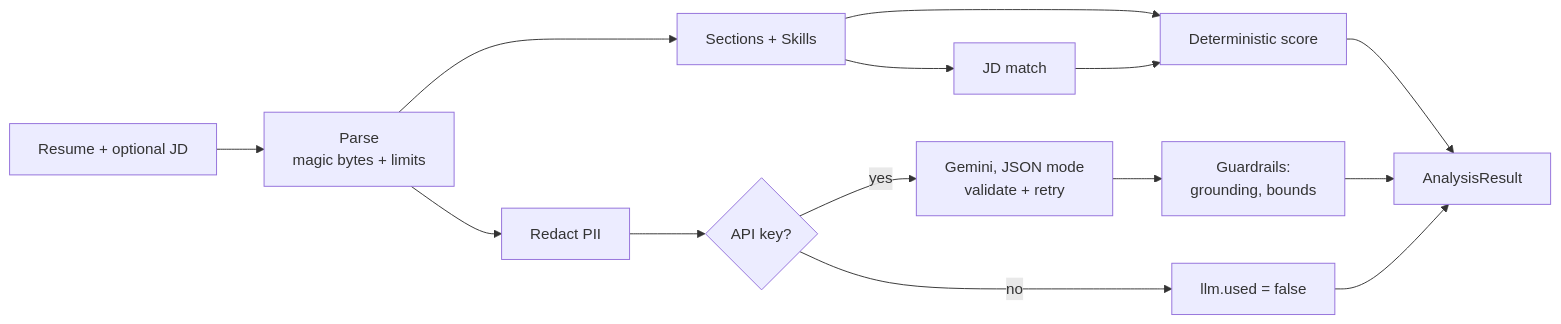
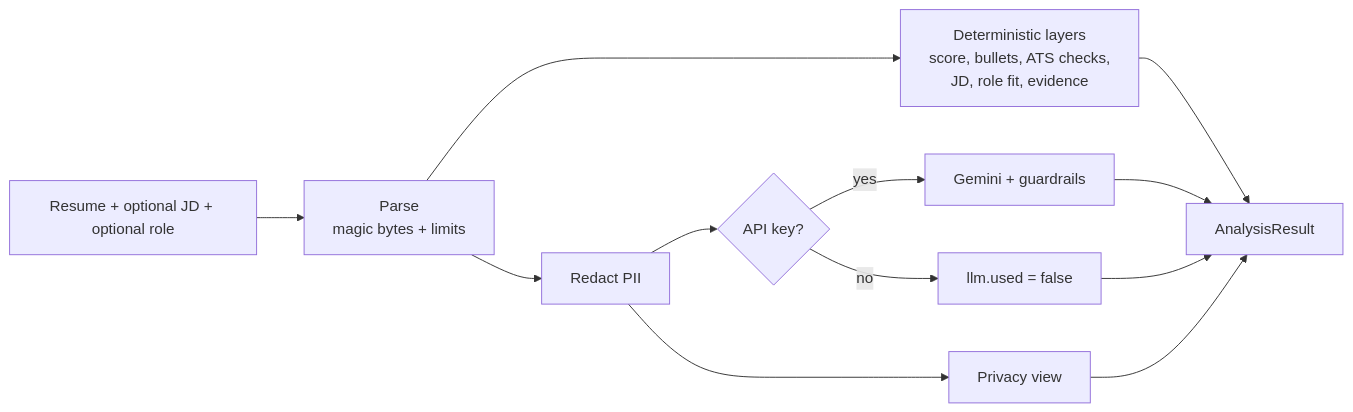
Before and after one commit to khushijaiswal08/AI-Resume-Analyzer: the diagram in README.md, drawn with Mermaid. The commit also changed other lines of this file and 73 other files, not shown here.

First line of the commit message:
AI Resume Analyzer v2: analysis layers, product UI, deploy config

````diff
--- a/README.md
+++ b/README.md
@@ -36,16 +68,14 @@
 ```mermaid
 flowchart LR
-    U[Resume + optional JD] --> P[Parse<br/>magic bytes + limits]
+    U[Resume + optional JD + optional role] --> P[Parse<br/>magic bytes + limits]
+    P --> A[Deterministic layers<br/>score, bullets, ATS checks,<br/>JD, role fit, evidence]
     P --> R[Redact PII]
-    P --> S[Sections + Skills]
-    S --> M[JD match]
-    S --> SC[Deterministic score]
-    M --> SC
+    A --> OUT[AnalysisResult]
+    R --> V[Privacy view]
     R --> L{API key?}
-    L -->|yes| G[Gemini, JSON mode<br/>validate + retry]
-    G --> GR[Guardrails:<br/>grounding, bounds]
+    L -->|yes| G[Gemini + guardrails]
     L -->|no| N[llm.used = false]
-    SC --> OUT[AnalysisResult]
-    GR --> OUT
+    G --> OUT
     N --> OUT
+    V --> OUT
 ```
````
